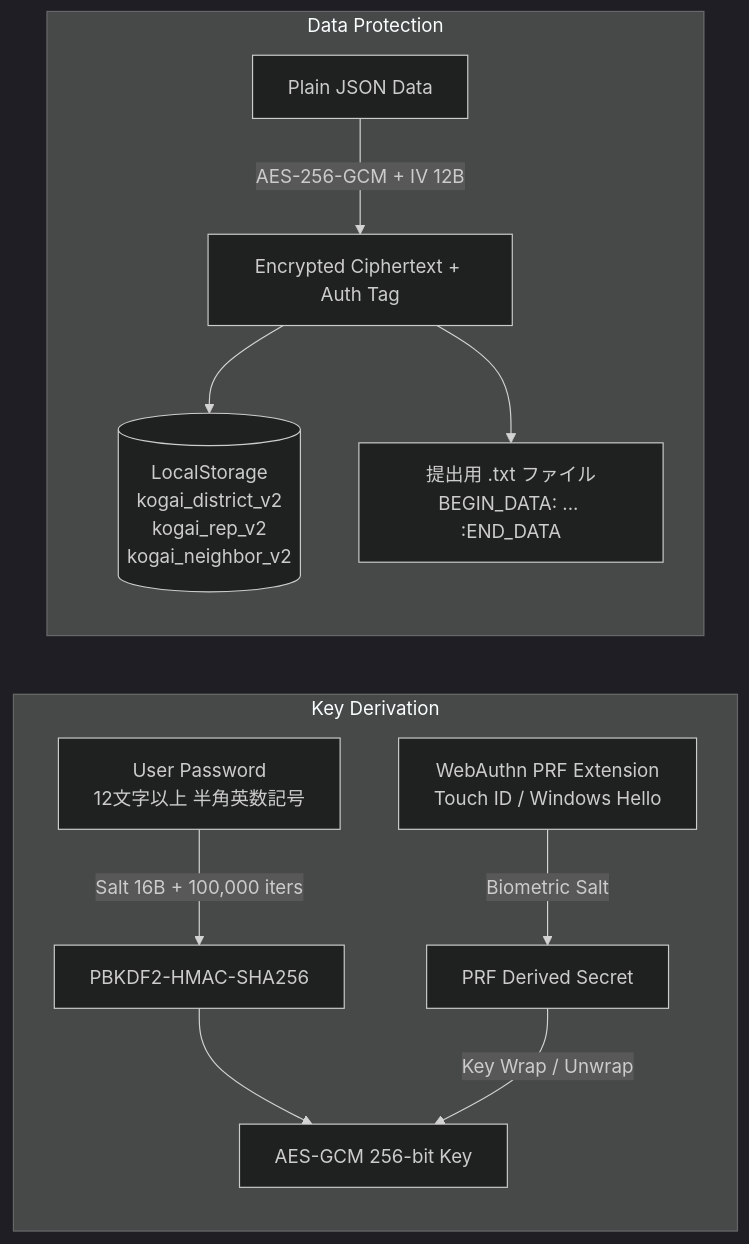
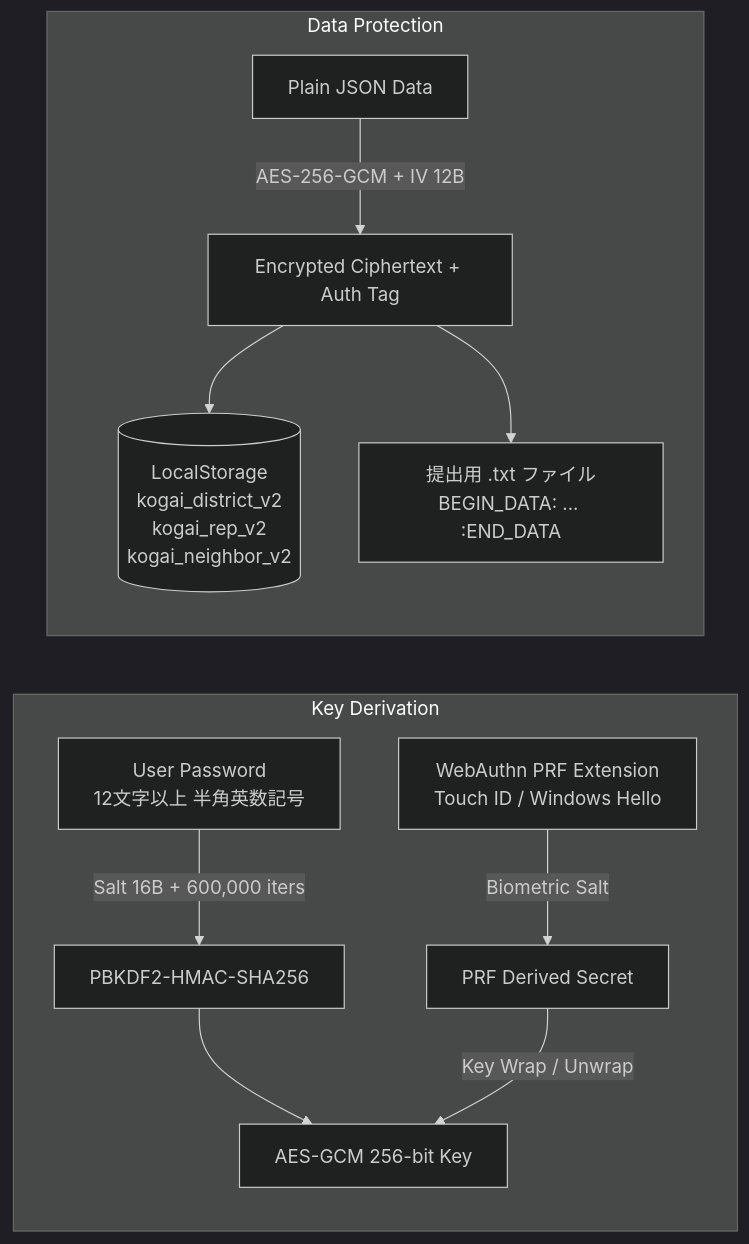
One commit to tekuteku-life/kogaidocs changed the second of 4 diagrams in docs/system_design.md. Above: the diagram before and after it, drawn with Mermaid (dark theme). The commit also changed other lines of this file and 49 other files, not shown here.

````diff
--- a/docs/system_design.md
+++ b/docs/system_design.md
@@ -161,15 +161,15 @@
 ```mermaid
 flowchart LR
 	subgraph Key Derivation
-		PW[User Password<br/>12文字以上 半角英数記号] -->|Salt 16B + 100,000 iters| PBKDF2[PBKDF2-HMAC-SHA256]
+		PW[User Password<br/>12文字以上 半角英数記号] -->|Salt 16B + 600,000 iters| PBKDF2[PBKDF2-HMAC-SHA256]
 		PBKDF2 --> AES_KEY[AES-GCM 256-bit Key]
 		WA[WebAuthn PRF Extension<br/>Touch ID / Windows Hello] -->|Biometric Salt| PRF_KEY[PRF Derived Secret]
 		PRF_KEY -->|Key Wrap / Unwrap| AES_KEY
 	end
 
 	subgraph Data Protection
 		DATA[Plain JSON Data] -->|AES-256-GCM + IV 12B| CIPHER[Encrypted Ciphertext + Auth Tag]
 		CIPHER --> STORAGE[(LocalStorage<br/>kogai_district_v2<br/>kogai_rep_v2<br/>kogai_neighbor_v2)]
 		CIPHER --> FILE[提出用 .txt ファイル<br/>BEGIN_DATA: ... :END_DATA]
 	end
 ```
````
